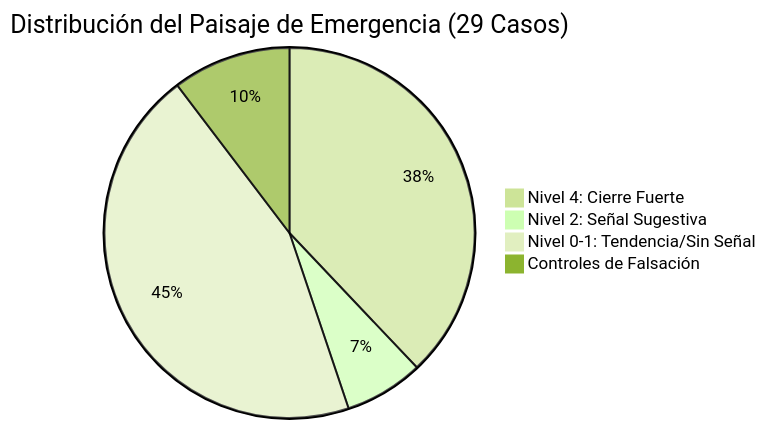
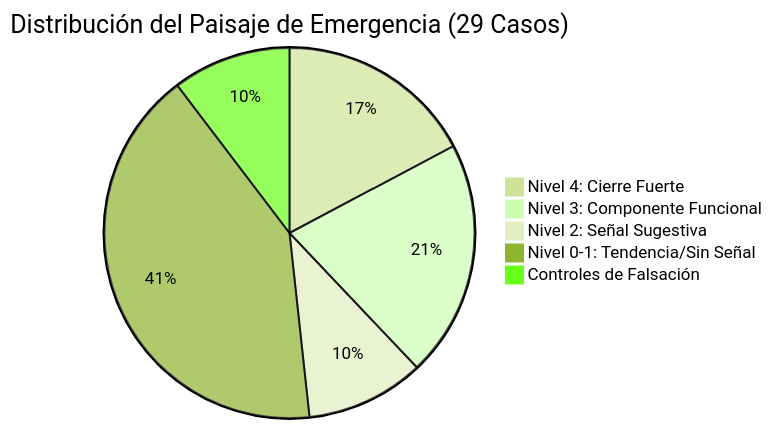
One commit to stevenvo780/TesisJacobContenidos changed the first of 2 diagrams in TesisDesarrollo/03_Validacion_Praxis/03_Validacion_Praxis.md. Above: the diagram before and after it, drawn with Mermaid (forest theme). The commit also changed other lines of this file and 99 other files, not shown here.

````diff
--- a/TesisDesarrollo/03_Validacion_Praxis/03_Validacion_Praxis.md
+++ b/TesisDesarrollo/03_Validacion_Praxis/03_Validacion_Praxis.md
@@ -58,7 +72,8 @@
 ```mermaid
 pie title Distribución del Paisaje de Emergencia (29 Casos)
-    "Nivel 4: Cierre Fuerte" : 11
-    "Nivel 2: Señal Sugestiva" : 2
-    "Nivel 0-1: Tendencia/Sin Señal" : 13
+    "Nivel 4: Cierre Fuerte" : 5
+    "Nivel 3: Componente Funcional" : 6
+    "Nivel 2: Señal Sugestiva" : 3
+    "Nivel 0-1: Tendencia/Sin Señal" : 12
     "Controles de Falsación" : 3
 ```
````
